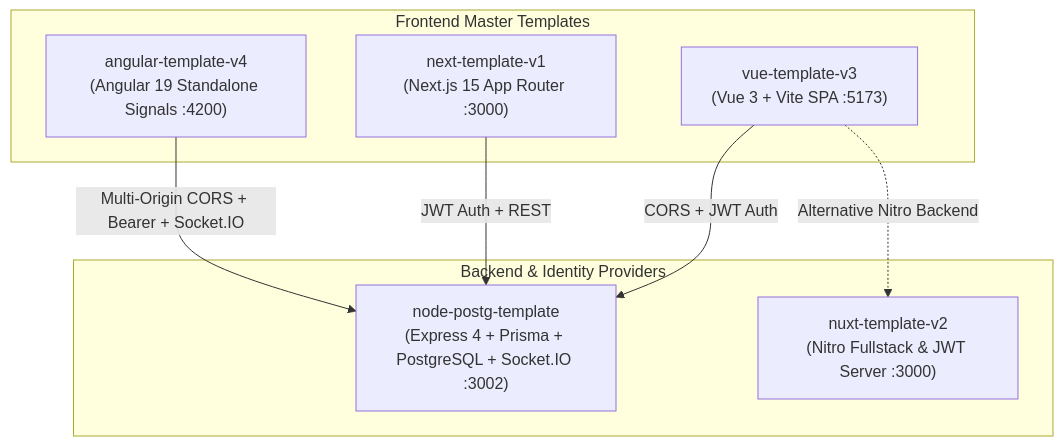
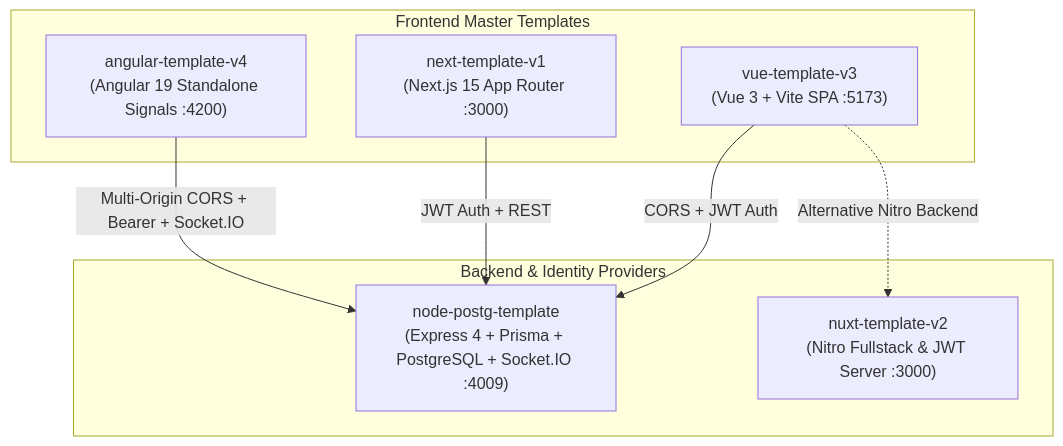
One commit to rmValdez/node-betterAuth-postg-tempalte changed the diagram in docs/SYSTEM_ARCHITECTURE.md. Above: the diagram before and after it, drawn with Mermaid. The commit also changed other lines of this file and 58 other files, not shown here.

````diff
--- a/docs/SYSTEM_ARCHITECTURE.md
+++ b/docs/SYSTEM_ARCHITECTURE.md
@@ -9,18 +9,18 @@
 ```mermaid
 graph TD
     subgraph BACKEND_ENGINES ["Backend & Identity Providers"]
-        NODE_API["node-postg-template\n(Express 4 + Prisma + PostgreSQL + Socket.IO :3002)"]
+        NODE_API["node-postg-template\n(Express 4 + Prisma + PostgreSQL + Socket.IO :4009)"]
         NUXT_API["nuxt-template-v2\n(Nitro Fullstack & JWT Server :3000)"]
     end
 
     subgraph CLIENT_TEMPLATES ["Frontend Master Templates"]
         ANGULAR["angular-template-v4\n(Angular 19 Standalone Signals :4200)"]
         NEXT["next-template-v1\n(Next.js 15 App Router :3000)"]
         VUE["vue-template-v3\n(Vue 3 + Vite SPA :5173)"]
     end
 
     ANGULAR -->|Multi-Origin CORS + Bearer + Socket.IO| NODE_API
     NEXT -->|JWT Auth + REST| NODE_API
     VUE -->|CORS + JWT Auth| NODE_API
     VUE -.->|Alternative Nitro Backend| NUXT_API
 ```
````
